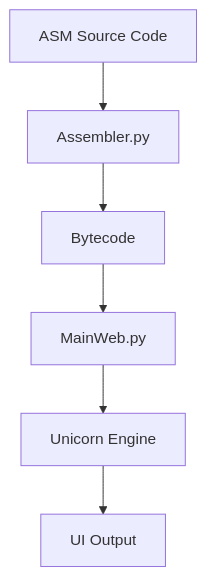
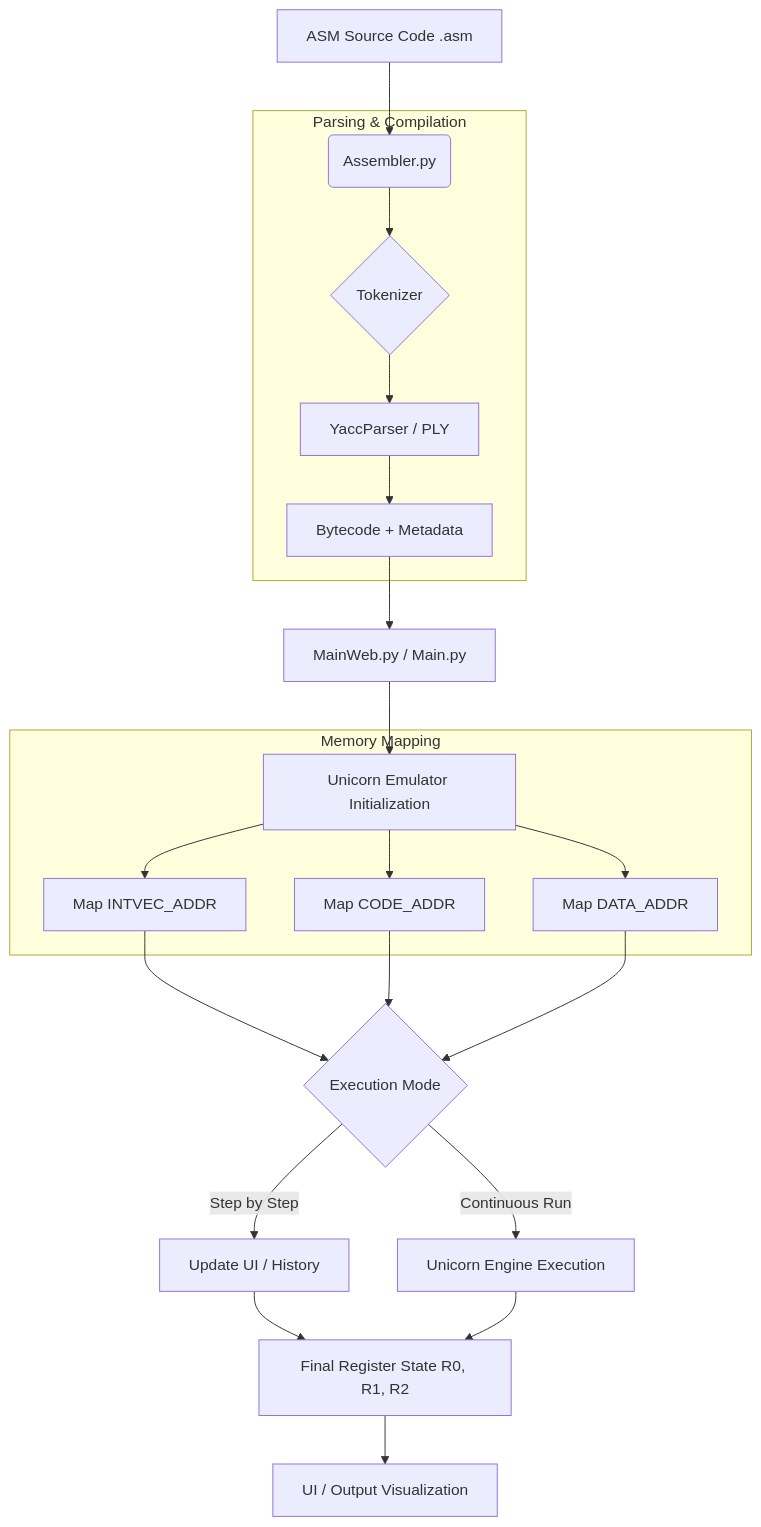
Before and after one commit to ByteBea/ARMulator: the diagram in README.md, drawn with Mermaid. The commit also changed other lines of this file, not shown here.

````diff
--- a/README.md
+++ b/README.md
@@ -34,8 +210,27 @@
 ```mermaid
 graph TD
-    A[ASM Source Code] --> B[Assembler.py]
-    B --> C[Bytecode]
-    C --> D[MainWeb.py]
-    D --> E[Unicorn Engine]
-    E --> F[UI Output]
+%% Source Input
+A[ASM Source Code .asm] --> B(Assembler.py)
+%% Parsing Phase
+subgraph "Parsing & Compilation"
+B --> C{Tokenizer}
+C --> D[YaccParser / PLY]
+D --> E[Bytecode + Metadata]
+end
+%% Initialization
+E --> F[MainWeb.py / Main.py]
+F --> G[Unicorn Emulator Initialization]
+%% Memory Mapping
+subgraph "Memory Mapping"
+G --> H[Map INTVEC_ADDR]
+G --> I[Map CODE_ADDR]
+G --> J[Map DATA_ADDR]
+end
+%% Execution Loop
+H & I & J --> K{Execution Mode}
+K -- Step by Step --> L[Update UI / History]
+K -- Continuous Run --> M[Unicorn Engine Execution]
+%% Results
+L & M --> N[Final Register State R0, R1, R2]
+N --> O[UI / Output Visualization]
 ```
````
